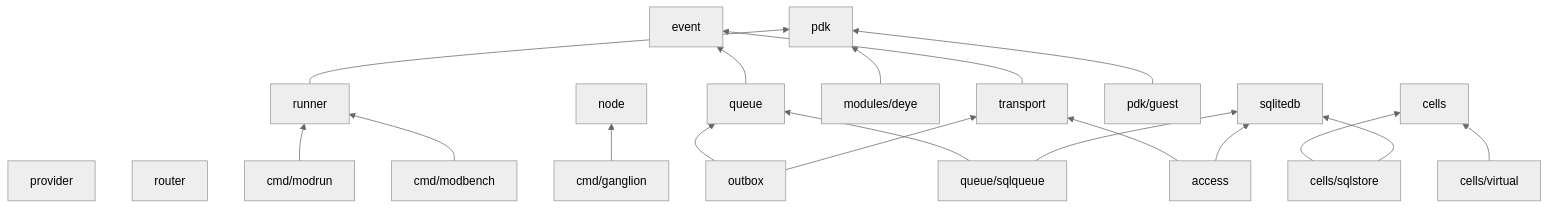
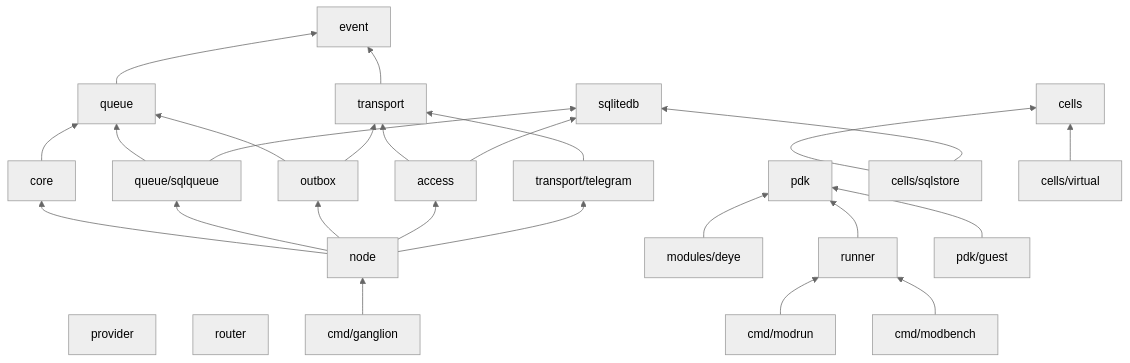
Before and after one commit to igorrius/ganglion: the diagram in docs/architecture/05-code-map.md, drawn with Mermaid (neutral theme). The commit also changed other lines of this file and 18 other files, not shown here.

First line of the commit message:
core, node: echo bot on the queue and a kill -9 crash harness

````diff
--- a/docs/architecture/05-code-map.md
+++ b/docs/architecture/05-code-map.md
@@ -44,26 +45,33 @@
 ```mermaid
 flowchart BT
     event["event"]
     transport["transport"] --> event
     queue["queue"] --> event
     provider["provider"]
     router["router"]
     node["node"]
     cmd["cmd/ganglion"] --> node
+    corep["core"] --> queue
+    node --> corep
+    node --> sqlqueue
+    node --> outboxp
+    node --> accessp
+    node --> tgp["transport/telegram"]
+    tgp --> transport
     pdk["pdk"]
     deye["modules/deye"] --> pdk
     runner["runner"] --> pdk
     modrun["cmd/modrun"] --> runner
     modbench["cmd/modbench"] --> runner
     guest["pdk/guest"] --> pdk
     cellsp["cells"]
     sqlstore["cells/sqlstore"] --> cellsp
     sqlstore --> sqlitedb["sqlitedb"]
     virtualb["cells/virtual"] --> cellsp
     sqlqueue["queue/sqlqueue"] --> queue
     sqlqueue --> sqlitedb
     outboxp["outbox"] --> queue
     outboxp --> transport
     accessp["access"] --> transport
     accessp --> sqlitedb
 ```
````
